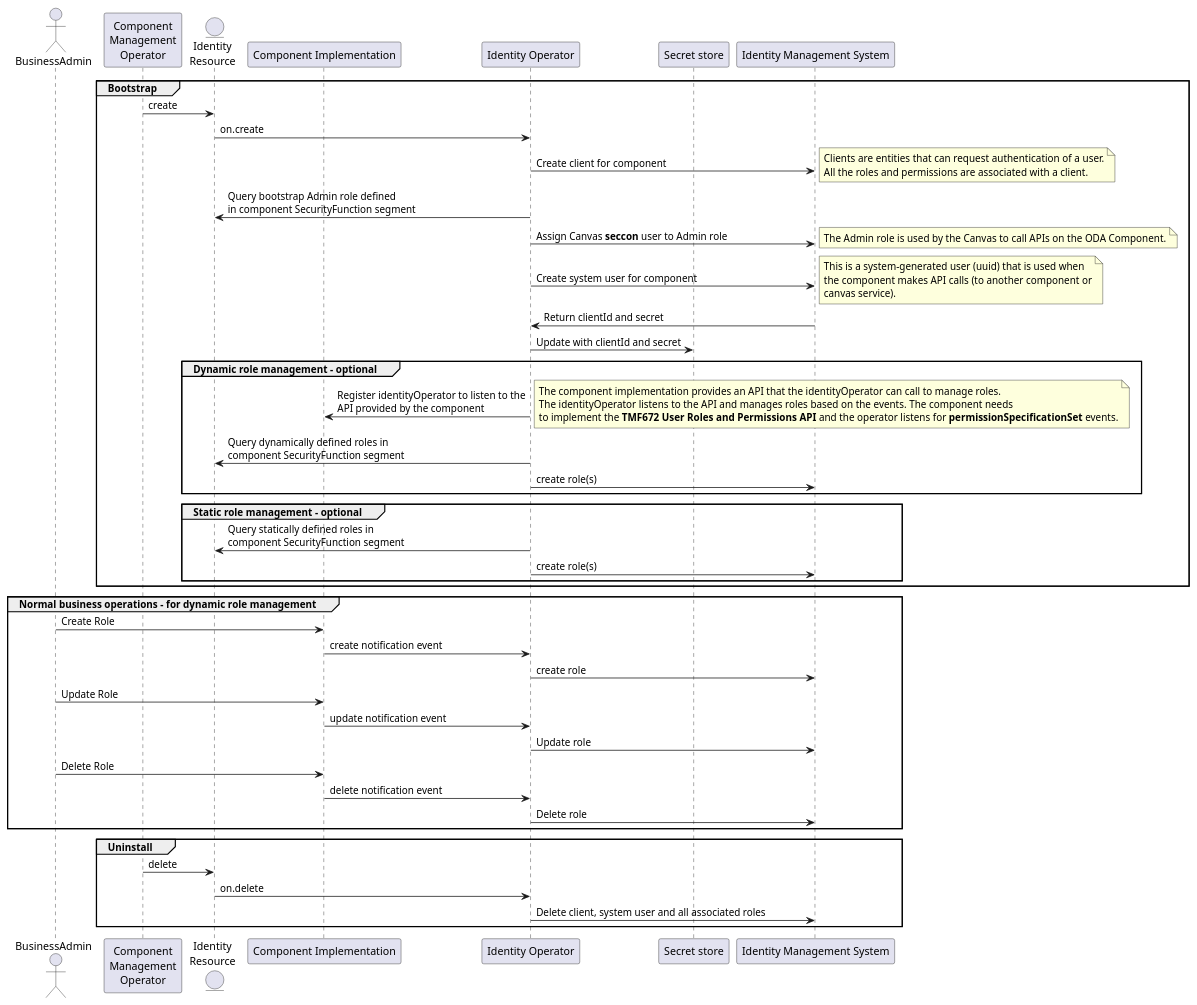
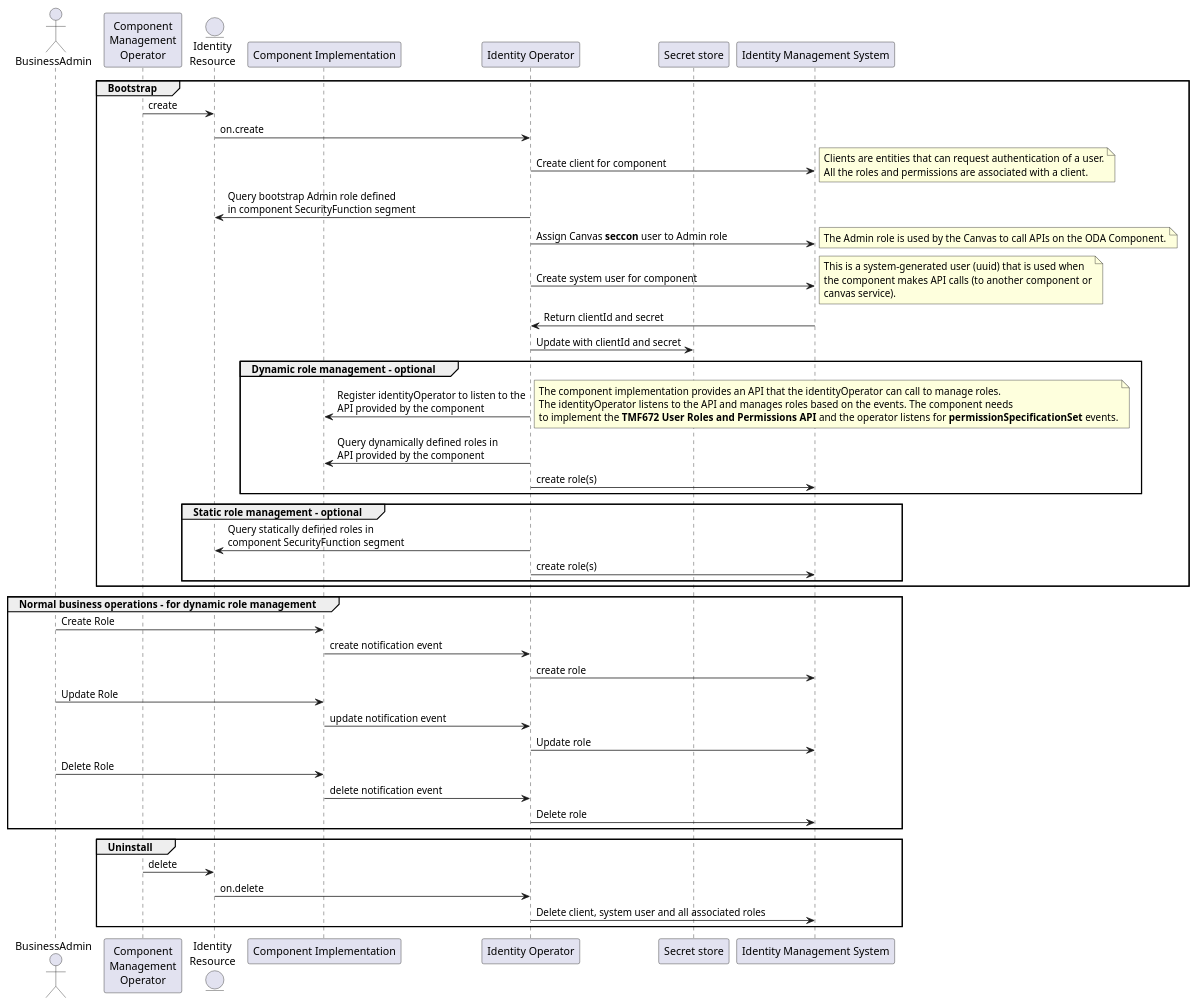
The diagram in usecase-library/pumlFiles/configure-users-and-roles.puml (tmforum-oda/oda-canvas), drawn with PlantUML before and after one commit.

Commit message:
Update Dynamic role management group

```diff
--- a/usecase-library/pumlFiles/configure-users-and-roles.puml
+++ b/usecase-library/pumlFiles/configure-users-and-roles.puml
@@ -1,70 +1,70 @@
 @startuml
 
 actor BusinessAdmin
 participant "Component\nManagement\nOperator" as ComponentOperator
 entity "Identity\nResource" as IdentityResource
 participant "Component Implementation" as ComponentImplementation
 participant "Identity Operator" as identityOperator
 participant "Secret store" as SecretStore
 participant "Identity Management System" as IDM
 
 group Bootstrap
 IdentityResource <- ComponentOperator : create
 
 IdentityResource -> identityOperator: on.create 
 identityOperator -> IDM: Create client for component
 note right
     Clients are entities that can request authentication of a user.
     All the roles and permissions are associated with a client.
 end note
 
 identityOperator -> IdentityResource : Query bootstrap Admin role defined\nin component SecurityFunction segment
 identityOperator -> IDM: Assign Canvas **seccon** user to Admin role
 note right
     The Admin role is used by the Canvas to call APIs on the ODA Component.
 end note
 
 identityOperator -> IDM: Create system user for component
 note right
     This is a system-generated user (uuid) that is used when
     the component makes API calls (to another component or
     canvas service).
 end note
 identityOperator <- IDM: Return clientId and secret
 identityOperator -> SecretStore: Update with clientId and secret
 
 group Dynamic role management - optional
     identityOperator -> ComponentImplementation: Register identityOperator to listen to the\nAPI provided by the component
     note right
         The component implementation provides an API that the identityOperator can call to manage roles.
         The identityOperator listens to the API and manages roles based on the events. The component needs
         to implement the **TMF672 User Roles and Permissions API** and the operator listens for **permissionSpecificationSet** events.
     end note
-    identityOperator -> IdentityResource: Query dynamically defined roles in\ncomponent SecurityFunction segment
+    identityOperator -> ComponentImplementation: Query dynamically defined roles in\nAPI provided by the component
     identityOperator -> IDM: create role(s)
 end 
 group Static role management - optional
     identityOperator -> IdentityResource: Query statically defined roles in\ncomponent SecurityFunction segment
     identityOperator -> IDM: create role(s)
 end 
 
 end 
 group Normal business operations - for dynamic role management
     BusinessAdmin -> ComponentImplementation: Create Role
     ComponentImplementation-> identityOperator: create notification event
     identityOperator -> IDM: create role
     BusinessAdmin -> ComponentImplementation: Update Role
     ComponentImplementation-> identityOperator: update notification event
     identityOperator -> IDM: Update role
     BusinessAdmin -> ComponentImplementation: Delete Role
     ComponentImplementation-> identityOperator: delete notification event
     identityOperator -> IDM: Delete role
 end
 
 group Uninstall
     ComponentOperator -> IdentityResource  : delete
     IdentityResource -> identityOperator: on.delete 
     identityOperator -> IDM: Delete client, system user and all associated roles  
 end
 
 @enduml
```
